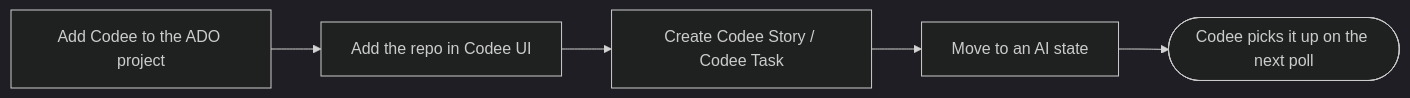
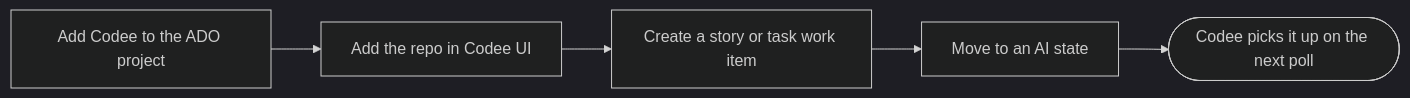
Before and after one commit to fusebase-dev/codee: the diagram in docs/docs/tutorials/starting-a-new-project-in-azure-devops.mdx, drawn with Mermaid (dark theme). The commit also changed other lines of this file and 5 other files, not shown here.

````diff
--- a/docs/docs/tutorials/starting-a-new-project-in-azure-devops.mdx
+++ b/docs/docs/tutorials/starting-a-new-project-in-azure-devops.mdx
@@ -19,10 +19,10 @@
 ```mermaid
 flowchart LR
     project[Add Codee to the ADO project] --> repo[Add the repo in Codee UI]
-    repo --> item[Create Codee Story / Codee Task]
+    repo --> item[Create a story or task work item]
     item --> state[Move to an AI state]
     state --> run([Codee picks it up on the next poll])
 
     class project,repo,item,state human
     class run codee
 ```
````
